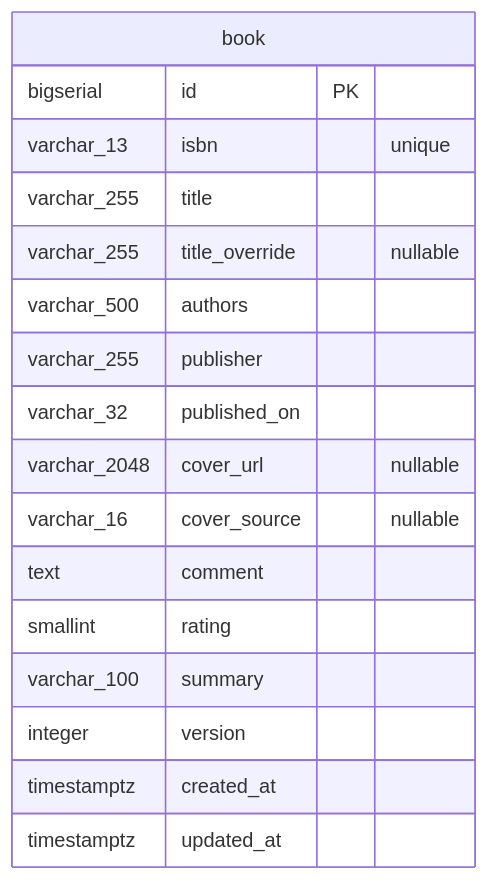
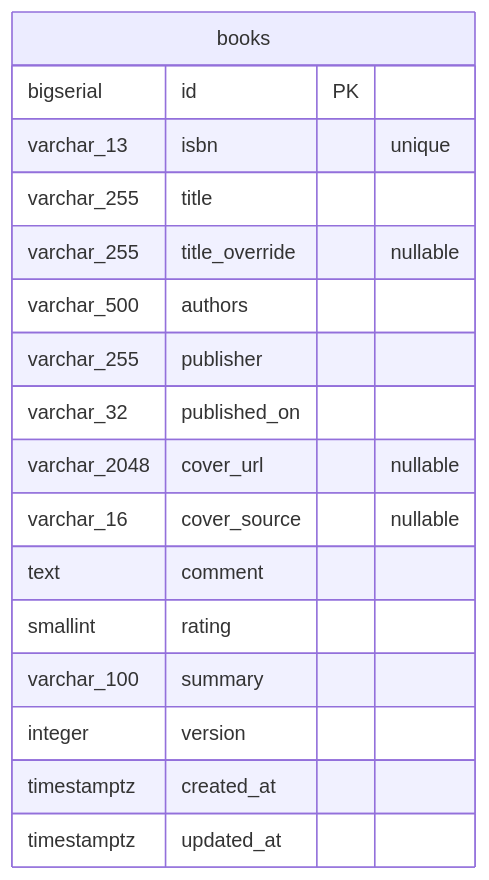
One commit to mrstsgk/book-management-system changed the first of 3 diagrams in docs/db/backend-schema.md. Above: the diagram before and after it, drawn with Mermaid. The commit also changed other lines of this file and 22 other files, not shown here.

````diff
--- a/docs/db/backend-schema.md
+++ b/docs/db/backend-schema.md
@@ -7,20 +7,20 @@
 ```mermaid
 erDiagram
-    book {
+    books {
         bigserial id PK
         varchar_13 isbn "unique"
         varchar_255 title
         varchar_255 title_override "nullable"
         varchar_500 authors
         varchar_255 publisher
         varchar_32 published_on
         varchar_2048 cover_url "nullable"
         varchar_16 cover_source "nullable"
         text comment
         smallint rating
         varchar_100 summary
         integer version
         timestamptz created_at
         timestamptz updated_at
     }
 ```
````
